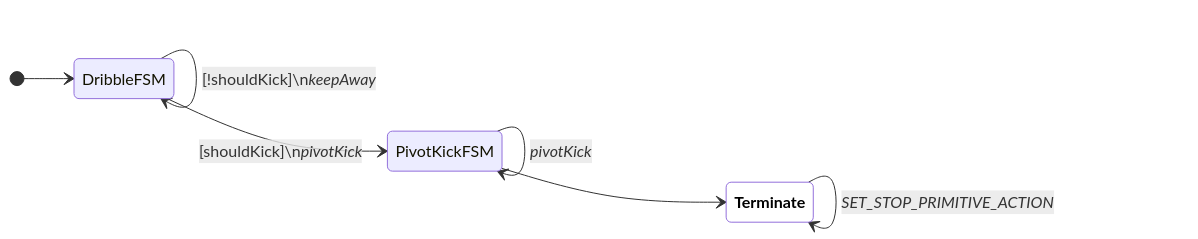
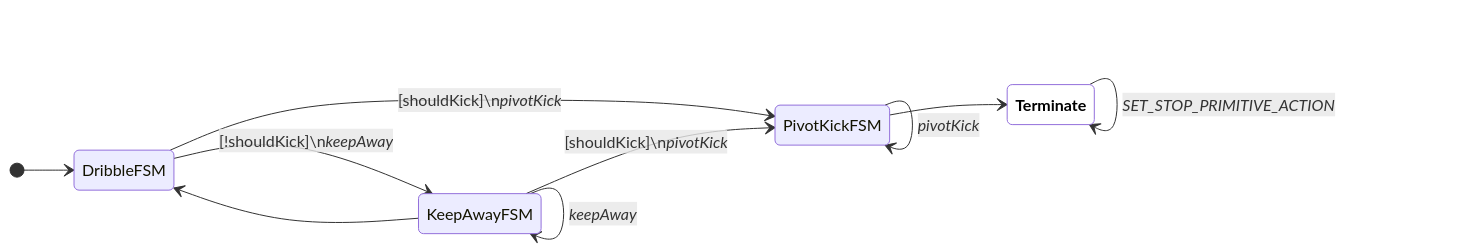
Before and after one commit to UBC-Thunderbots/Software: diagram 13 of 27 in docs/fsm-diagrams.md, drawn with Mermaid. The commit also changed other lines of this file and 8 other files, not shown here.

First line of the commit message:
Move keep away logic into its own tactic (#3439)

````diff
--- a/docs/fsm-diagrams.md
+++ b/docs/fsm-diagrams.md
@@ -214,13 +214,16 @@
 ```mermaid
 
 stateDiagram-v2
 classDef terminate fill:white,color:black,font-weight:bold
 direction LR
 [*] --> DribbleFSM
 DribbleFSM --> PivotKickFSM : [shouldKick]\n<i>pivotKick</i>
-DribbleFSM --> DribbleFSM : [!shouldKick]\n<i>keepAway</i>
+DribbleFSM --> KeepAwayFSM : [!shouldKick]\n<i>keepAway</i>
+KeepAwayFSM --> PivotKickFSM : [shouldKick]\n<i>pivotKick</i>
+KeepAwayFSM --> KeepAwayFSM : <i>keepAway</i>
+KeepAwayFSM --> DribbleFSM
 PivotKickFSM --> PivotKickFSM : <i>pivotKick</i>
 PivotKickFSM --> Terminate:::terminate
 Terminate:::terminate --> Terminate:::terminate : <i>SET_STOP_PRIMITIVE_ACTION</i>
 
 ```
````
